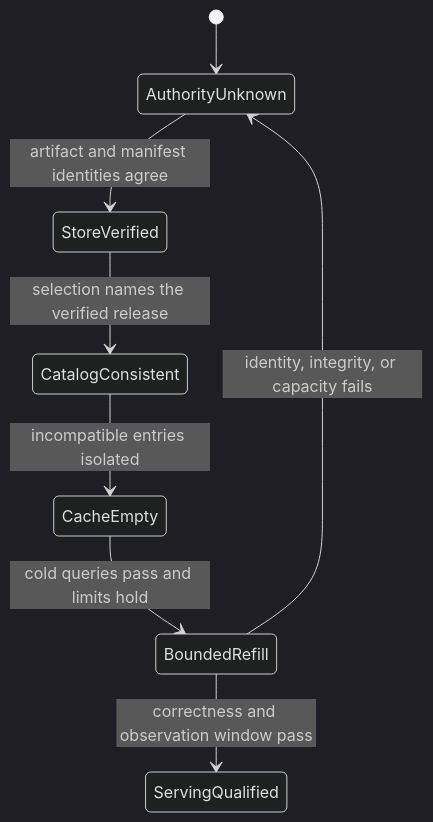
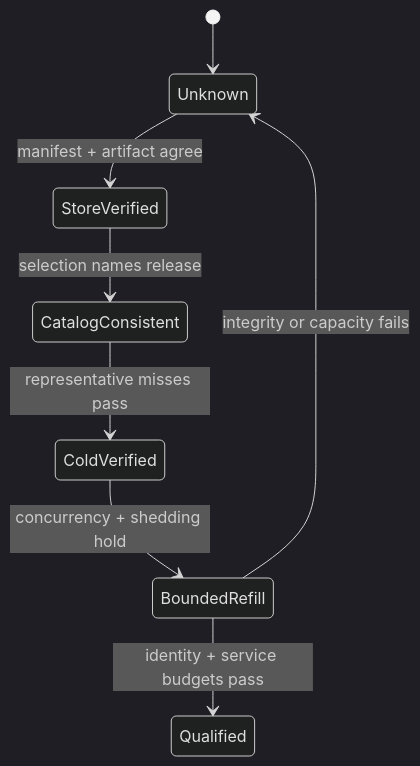
The third of 3 diagrams in docs/bijux-atlas-ops/stack/cache-and-store-operations.md (bijux/bijux-atlas), drawn with Mermaid (dark theme) before and after one commit. The commit also changed other lines of this file and 1 other file, not shown here.

Commit message:
docs(stack): separate serving authority from acceleration

````diff
--- a/docs/bijux-atlas-ops/stack/cache-and-store-operations.md
+++ b/docs/bijux-atlas-ops/stack/cache-and-store-operations.md
@@ -149,10 +93,10 @@
 ```mermaid
 stateDiagram-v2
-    [*] --> AuthorityUnknown
-    AuthorityUnknown --> StoreVerified: artifact and manifest identities agree
-    StoreVerified --> CatalogConsistent: selection names the verified release
-    CatalogConsistent --> CacheEmpty: incompatible entries isolated
-    CacheEmpty --> BoundedRefill: cold queries pass and limits hold
-    BoundedRefill --> ServingQualified: correctness and observation window pass
-    BoundedRefill --> AuthorityUnknown: identity, integrity, or capacity fails
+    [*] --> Unknown
+    Unknown --> StoreVerified: manifest + artifact agree
+    StoreVerified --> CatalogConsistent: selection names release
+    CatalogConsistent --> ColdVerified: representative misses pass
+    ColdVerified --> BoundedRefill: concurrency + shedding hold
+    BoundedRefill --> Qualified: identity + service budgets pass
+    BoundedRefill --> Unknown: integrity or capacity fails
 ```
````
